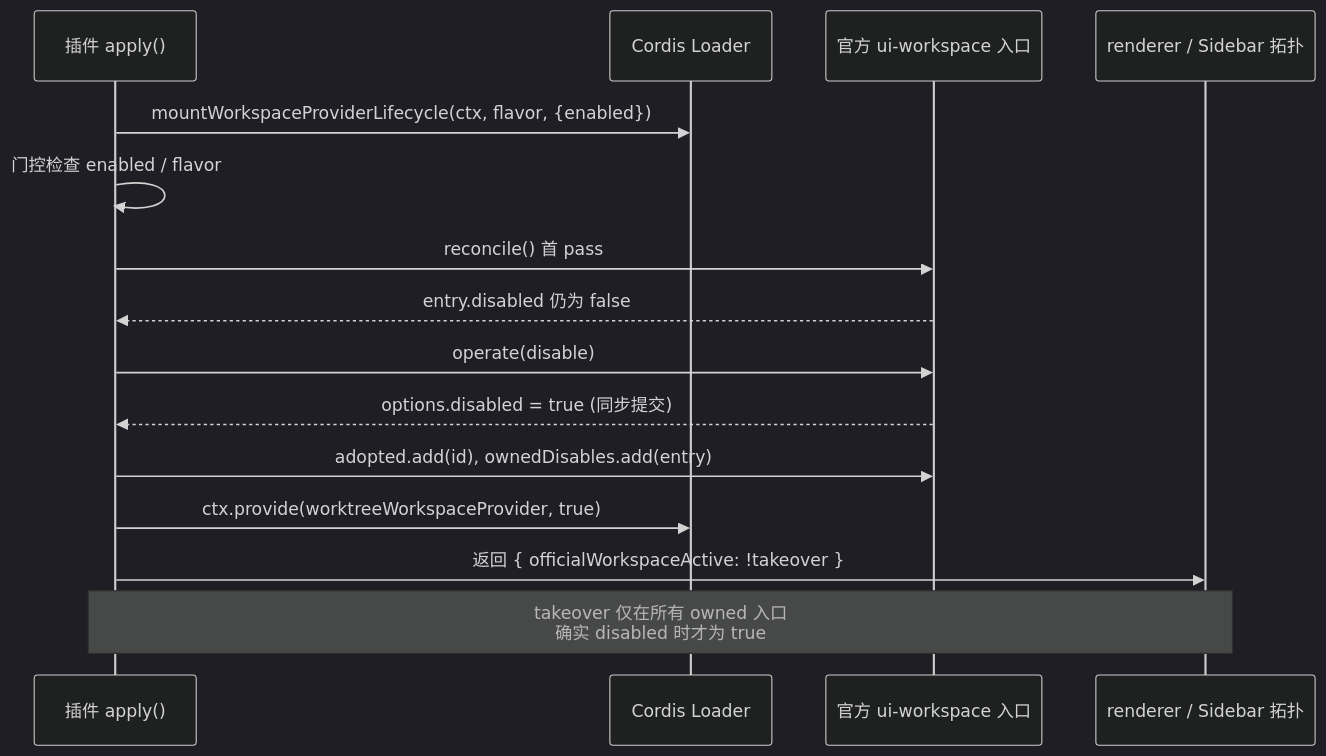
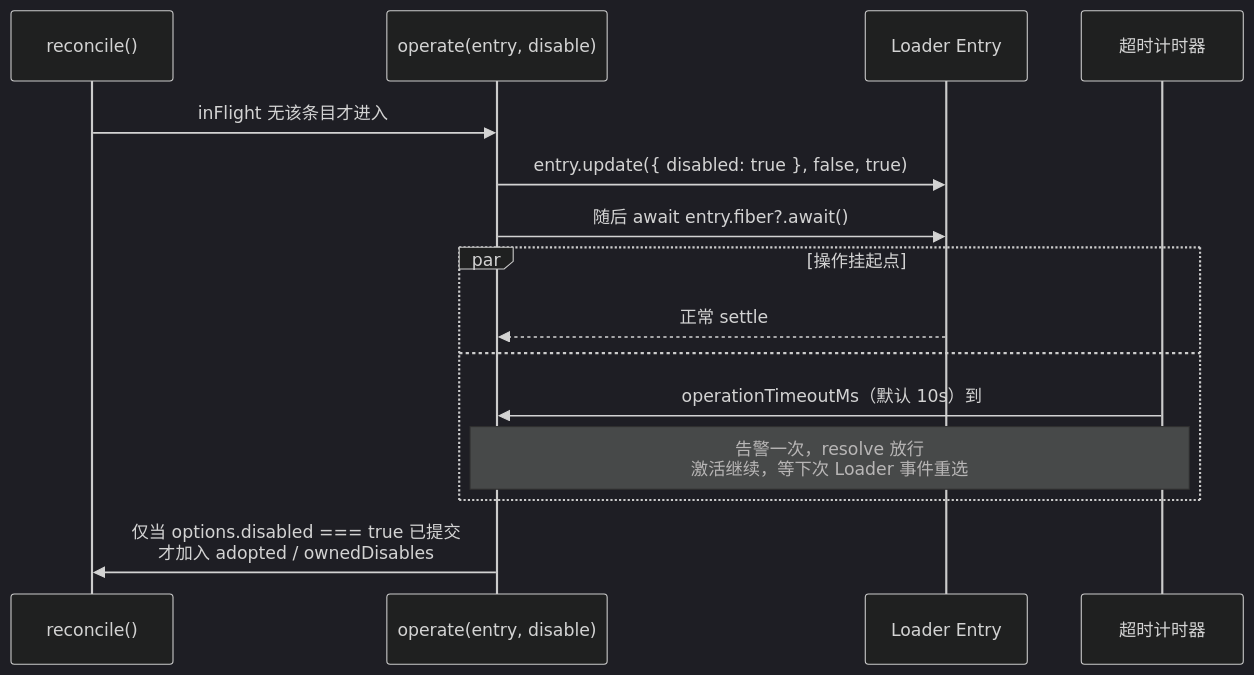
Before and after one commit to ikliml666/dsh-git-workspace: the fourth of 7 diagrams in .codewiki/modules/workspace-provider-lifecycle.md, drawn with Mermaid (dark theme). The commit also changed other lines of this file and 50 other files, not shown here.

````diff
--- a/.codewiki/modules/workspace-provider-lifecycle.md
+++ b/.codewiki/modules/workspace-provider-lifecycle.md
@@ -97,18 +122,18 @@
 ```mermaid
 sequenceDiagram
-    participant APP as 插件 apply()
-    participant L as Cordis Loader
-    participant W as 官方 ui-workspace 入口
-    participant R as renderer / Sidebar 拓扑
+    participant R as reconcile()
+    participant O as operate(entry, disable)
+    participant L as Loader Entry
+    participant T as 超时计时器
 
-    APP->>L: mountWorkspaceProviderLifecycle(ctx, flavor, {enabled})
-    APP->>APP: 门控检查 enabled / flavor
-    APP->>W: reconcile() 首 pass
-    W-->>APP: entry.disabled 仍为 false
-    APP->>W: operate(disable)
-    W-->>APP: options.disabled = true (同步提交)
-    APP->>W: adopted.add(id), ownedDisables.add(entry)
-    APP->>L: ctx.provide(worktreeWorkspaceProvider, true)
-    APP->>R: 返回 { officialWorkspaceActive: !takeover }
-    Note over APP,R: takeover 仅在所有 owned 入口<br/>确实 disabled 时才为 true
+    R->>O: inFlight 无该条目才进入
+    O->>L: entry.update({ disabled: true }, false, true)
+    O->>L: 随后 await entry.fiber?.await()
+    par 操作挂起点
+        L-->>O: 正常 settle
+    and
+        T->>O: operationTimeoutMs（默认 10s）到
+        Note over T,O: 告警一次，resolve 放行<br/>激活继续，等下次 Loader 事件重选
+    end
+    O->>R: 仅当 options.disabled === true 已提交<br/>才加入 adopted / ownedDisables
 ```
````
